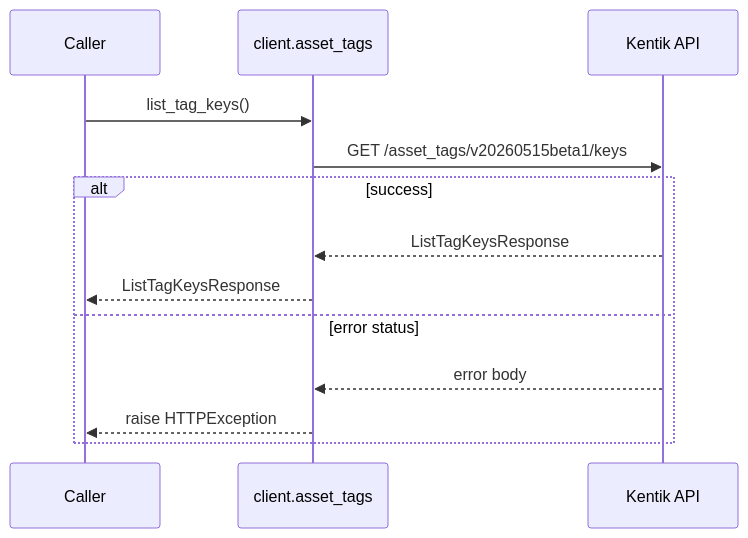
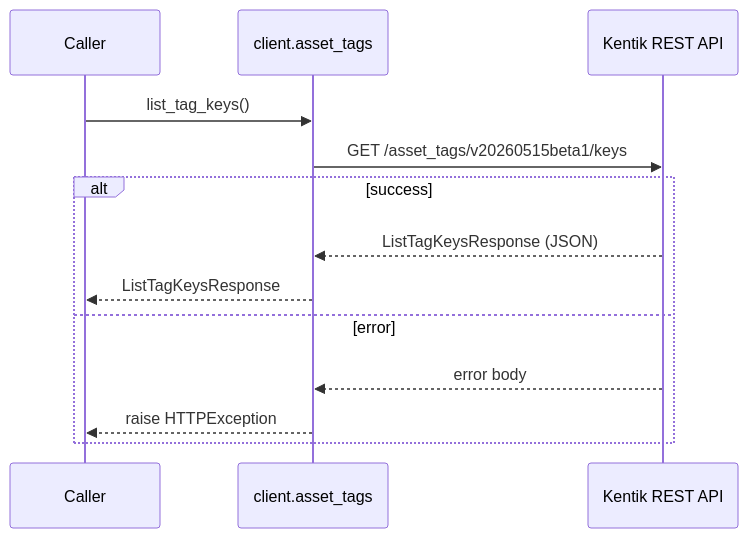
One commit to alexdearaujo/community_sdk_python changed the fourth of 20 diagrams in docs/sphinx/services/asset_tags.md. Above: the diagram before and after it, drawn with Mermaid. The commit also changed other lines of this file and 61 other files, not shown here.

````diff
--- a/docs/sphinx/services/asset_tags.md
+++ b/docs/sphinx/services/asset_tags.md
@@ -85,16 +112,16 @@
 ```mermaid
 sequenceDiagram
     participant C as Caller
     participant W as client.asset_tags
-    participant API as Kentik API
+    participant API as Kentik REST API
 
     C->>W: list_tag_keys()
     W->>API: GET /asset_tags/v20260515beta1/keys
     alt success
-        API-->>W: ListTagKeysResponse
+        API-->>W: ListTagKeysResponse (JSON)
         W-->>C: ListTagKeysResponse
-    else error status
+    else error
         API-->>W: error body
         W-->>C: raise HTTPException
     end
 ```
````
